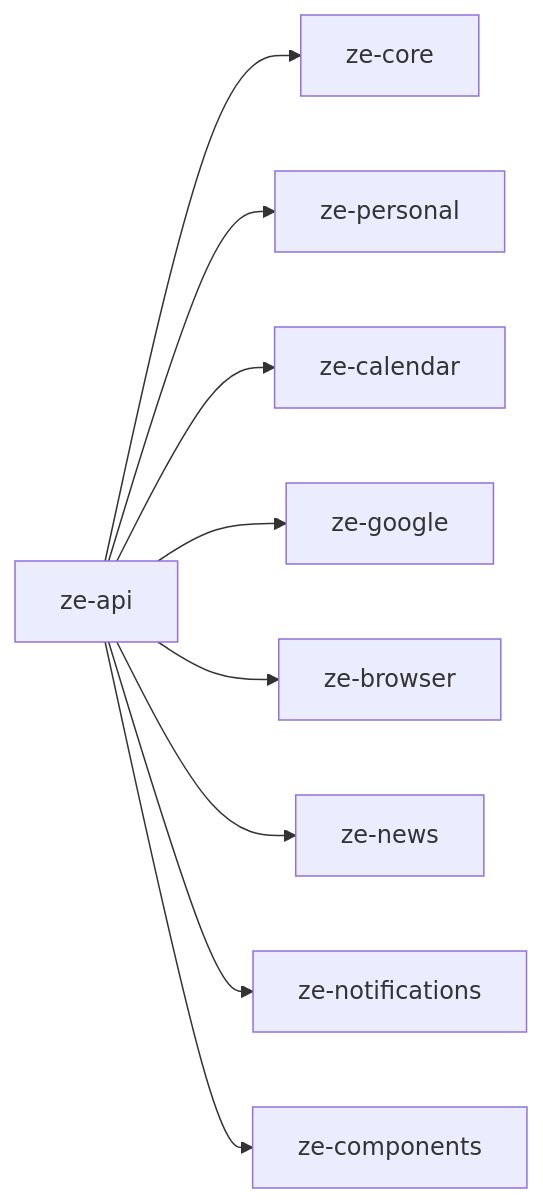
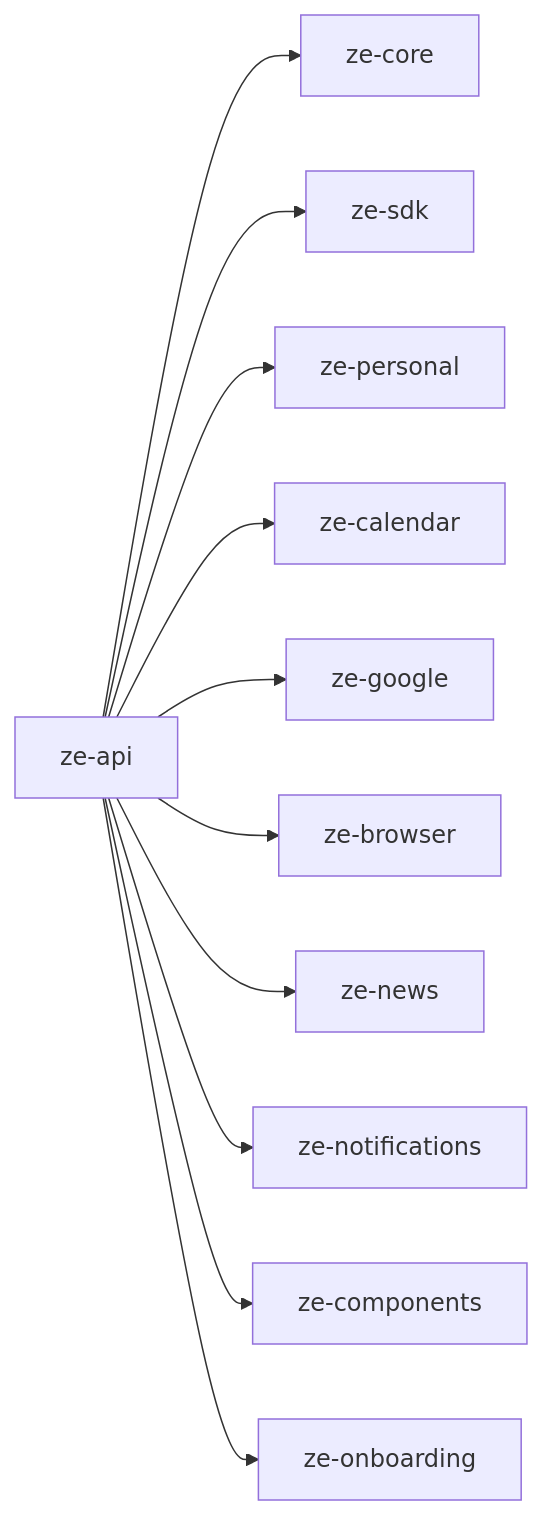
Before and after one commit to myguyze/ze: the diagram in apps/ze-api/README.md, drawn with Mermaid. The commit also changed other lines of this file and 11 other files, not shown here.

````diff
--- a/apps/ze-api/README.md
+++ b/apps/ze-api/README.md
@@ -23,11 +24,13 @@
 ```mermaid
 graph LR
     api[ze-api] --> core[ze-core]
+    api --> sdk[ze-sdk]
     api --> personal[ze-personal]
     api --> calendar[ze-calendar]
     api --> google[ze-google]
     api --> browser[ze-browser]
     api --> news[ze-news]
     api --> notif[ze-notifications]
     api --> comp[ze-components]
+    api --> onboarding[ze-onboarding]
 ```
````
